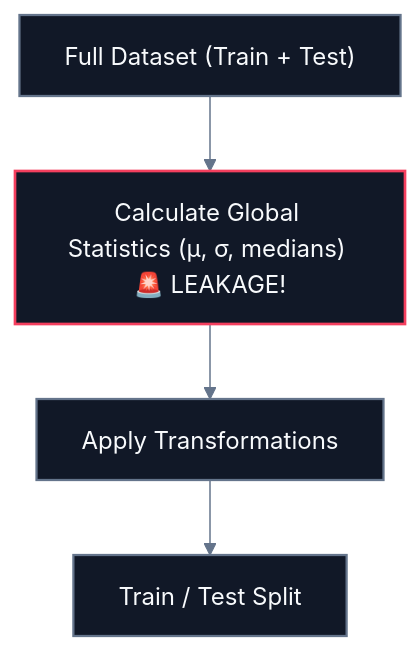
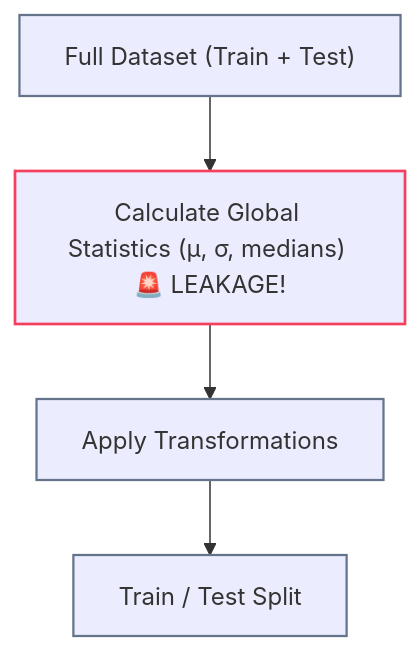
Before and after one commit to abhinavbharti2345/CS_Notes: the third of 6 diagrams in CS/AI & ML/02. Data Preprocessing/01. Data Leakage.md, drawn with Mermaid. The commit also changed other lines of this file and 91 other files, not shown here.

````diff
--- a/CS/AI & ML/02. Data Preprocessing/01. Data Leakage.md
+++ b/CS/AI & ML/02. Data Preprocessing/01. Data Leakage.md
@@ -81,12 +79,11 @@
 ```mermaid
-%%{init: {'theme': 'base', 'themeVariables': { 'darkMode': true, 'background': '#0B0F14', 'mainBkg': '#111827', 'primaryColor': '#111827', 'primaryTextColor': '#F8FAFC', 'primaryBorderColor': '#38BDF8', 'lineColor': '#64748B', 'secondaryColor': '#0B0F14', 'tertiaryColor': '#0B0F14', 'clusterBkg': '#0B0F14', 'clusterBorder': '#38BDF8' }}}%%
 flowchart TD
     D["Full Dataset (Train + Test)"] --> S["Calculate Global Statistics (μ, σ, medians) 🚨 LEAKAGE!"]
     S --> P["Apply Transformations"]
     P --> T["Train / Test Split"]
     
-    classDef danger fill:#111827,stroke:#f43f5e,stroke-width:1.8px,color:#F8FAFC;
-    classDef neutral fill:#111827,stroke:#64748b,stroke-width:1.5px,color:#F8FAFC;
+    classDef danger stroke:#f43f5e,stroke-width:1.8px;
+    classDef neutral stroke:#64748b,stroke-width:1.5px;
     class D,P,T neutral;
     class S danger;
 ```
````
